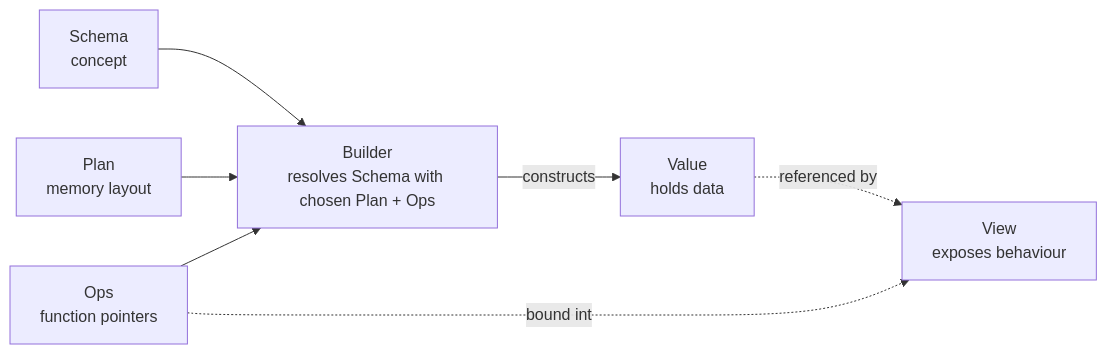
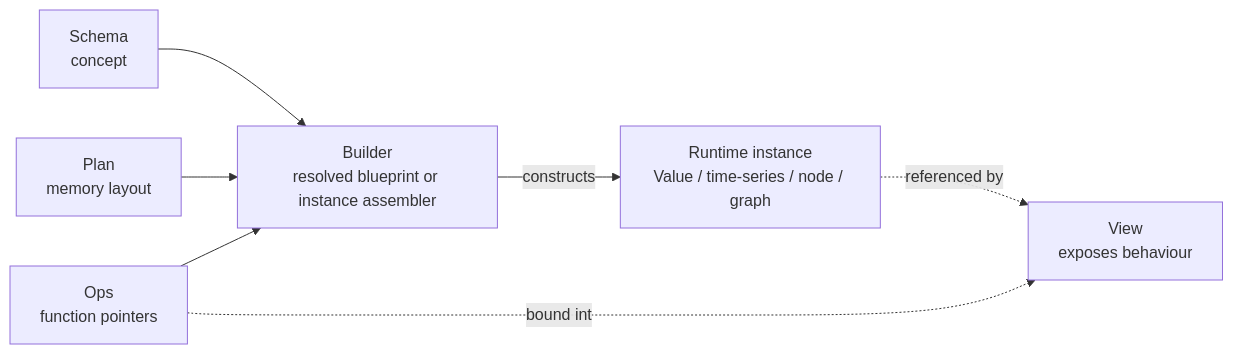
The diagram in docs/source/developer_guide/data_structures/core_concepts.rst (hhenson/hg_cpp), drawn with Mermaid before and after one commit. The commit also changed other lines of this file and 4 other files, not shown here.

```diff
--- a/docs/source/developer_guide/data_structures/core_concepts.rst
+++ b/docs/source/developer_guide/data_structures/core_concepts.rst
@@ -93,16 +109,16 @@
 .. mermaid::
 
    flowchart LR
       Schema[Schema<br/>concept]
       Plan[Plan<br/>memory layout]
       Ops[Ops<br/>function pointers]
-      Builder[Builder<br/>resolves Schema with chosen Plan + Ops]
-      Value[Value<br/>holds data]
+      Builder[Builder<br/>resolved blueprint or instance assembler]
+      Value[Runtime instance<br/>Value / time-series / node / graph]
       View[View<br/>exposes behaviour]
 
       Schema --> Builder
       Plan --> Builder
       Ops --> Builder
       Builder -->|constructs| Value
       Value -.referenced by.-> View
       Ops -.bound into.-> View
```
